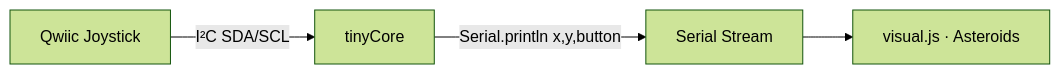
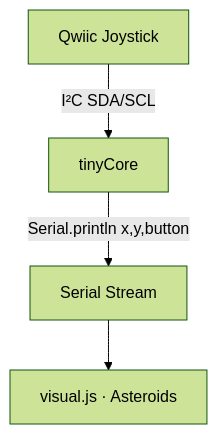
Before and after one commit to Mister-Industries/tinyStudio: the diagram in demo/Joystick Example/README.md, drawn with Mermaid (forest theme). The commit also changed other lines of this file and 36 other files, not shown here.

````diff
--- a/demo/Joystick Example/README.md
+++ b/demo/Joystick Example/README.md
@@ -17,6 +17,6 @@
 ```mermaid
-flowchart LR
+flowchart TD
   JOY[Qwiic Joystick] -->|I²C SDA/SCL| MCU[tinyCore]
   MCU -->|"Serial.println x,y,button"| MON[Serial Stream]
   MON --> VIS[visual.js · Asteroids]
 ```
````
